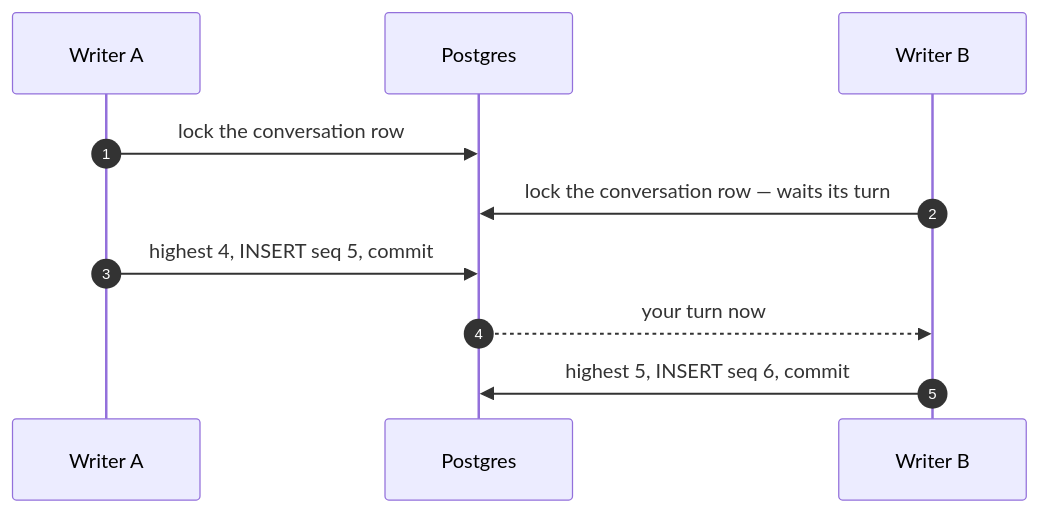
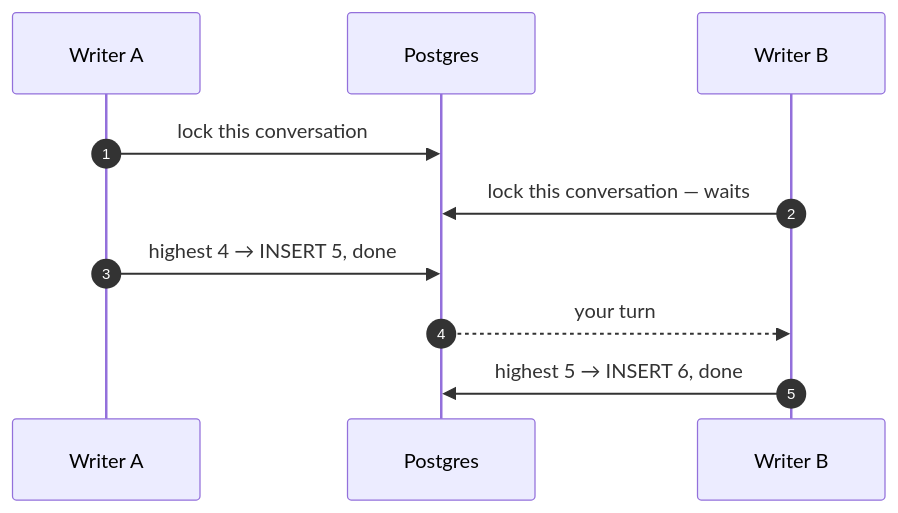
Before and after one commit to selvakumarperumal/Corporate_Filing_Analyzer_Agent: the eighth of 15 diagrams in docs/TESTING-SCALING.md, drawn with Mermaid. The commit also changed other lines of this file, not shown here.

Commit message:
docs: streamline scaling test guide with plain-language summaries, settings tables, and clear architectural diagrams

````diff
--- a/docs/TESTING-SCALING.md
+++ b/docs/TESTING-SCALING.md
@@ -590,12 +651,12 @@
 ```mermaid
 sequenceDiagram
   autonumber
   participant A as Writer A
   participant DB as Postgres
   participant B as Writer B
-  A->>DB: lock the conversation row
-  B->>DB: lock the conversation row — waits its turn
-  A->>DB: highest 4, INSERT seq 5, commit
-  DB-->>B: your turn now
-  B->>DB: highest 5, INSERT seq 6, commit
+  A->>DB: lock this conversation
+  B->>DB: lock this conversation — waits
+  A->>DB: highest 4 → INSERT 5, done
+  DB-->>B: your turn
+  B->>DB: highest 5 → INSERT 6, done
 ```
````
